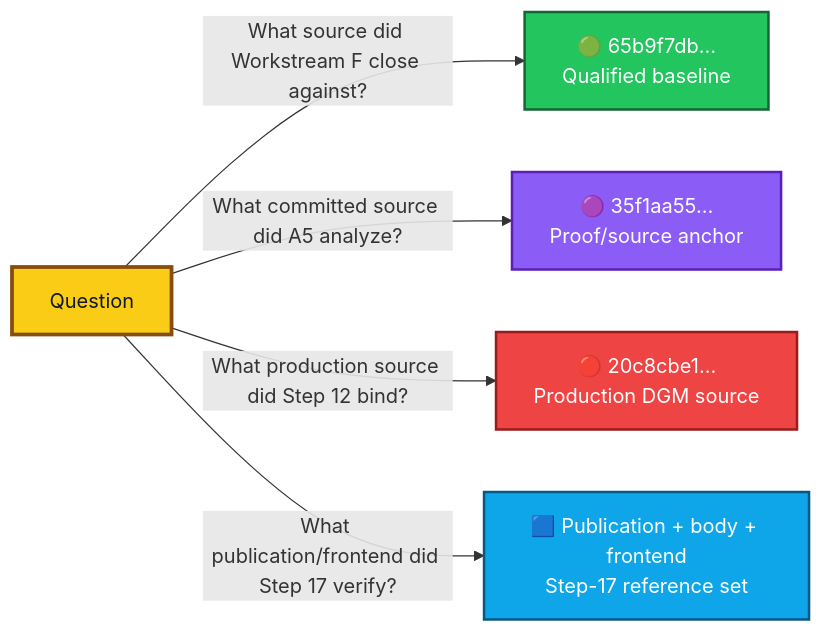
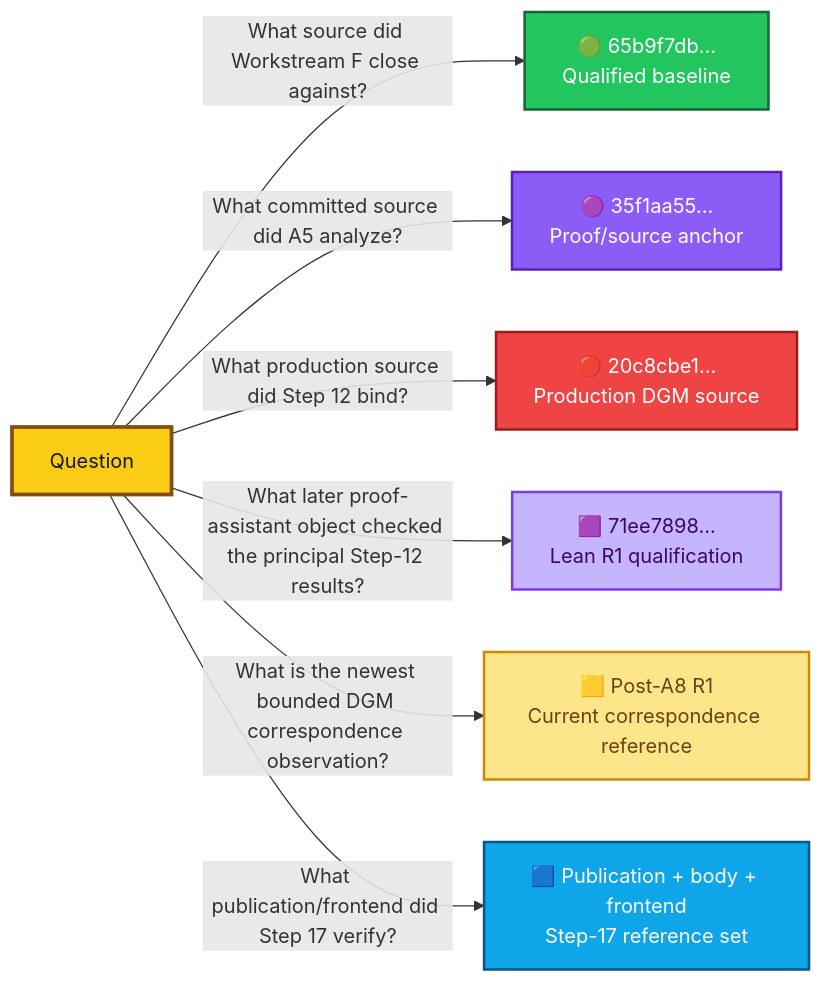
Before and after one commit to kiddstechnical/ALLIS-Artificial-Learning-and-Location-Intelligence-System: the first of 6 diagrams in acceptance/baseline-object-registry.md, drawn with Mermaid. The commit also changed other lines of this file, not shown here.

First line of the commit message:
Update baseline-object-registry with new qualifications

````diff
--- a/acceptance/baseline-object-registry.md
+++ b/acceptance/baseline-object-registry.md
@@ -59,15 +63,19 @@
 ```mermaid
 flowchart LR
     Q["Question"]:::question
 
     Q -->|"What source did Workstream F close against?"| F["🟢 65b9f7db…<br/>Qualified baseline"]:::f
     Q -->|"What committed source did A5 analyze?"| A["🟣 35f1aa55…<br/>Proof/source anchor"]:::a
     Q -->|"What production source did Step 12 bind?"| D["🔴 20c8cbe1…<br/>Production DGM source"]:::d
+    Q -->|"What later proof-assistant object checked the principal Step-12 results?"| L["🟪 71ee7898…<br/>Lean R1 qualification"]:::l
+    Q -->|"What is the newest bounded DGM correspondence observation?"| X["🟨 Post-A8 R1<br/>Current correspondence reference"]:::x
     Q -->|"What publication/frontend did Step 17 verify?"| P["🟦 Publication + body + frontend<br/>Step-17 reference set"]:::p
 
     classDef question fill:#facc15,stroke:#854d0e,color:#111827,stroke-width:3px;
     classDef f fill:#22c55e,stroke:#166534,color:#ffffff,stroke-width:2px;
     classDef a fill:#8b5cf6,stroke:#5b21b6,color:#ffffff,stroke-width:2px;
     classDef d fill:#ef4444,stroke:#991b1b,color:#ffffff,stroke-width:2px;
+    classDef l fill:#c4b5fd,stroke:#7c3aed,color:#3b0764,stroke-width:2px;
+    classDef x fill:#fde68a,stroke:#ca8a04,color:#713f12,stroke-width:2px;
     classDef p fill:#0ea5e9,stroke:#075985,color:#ffffff,stroke-width:2px;
 ```
````
